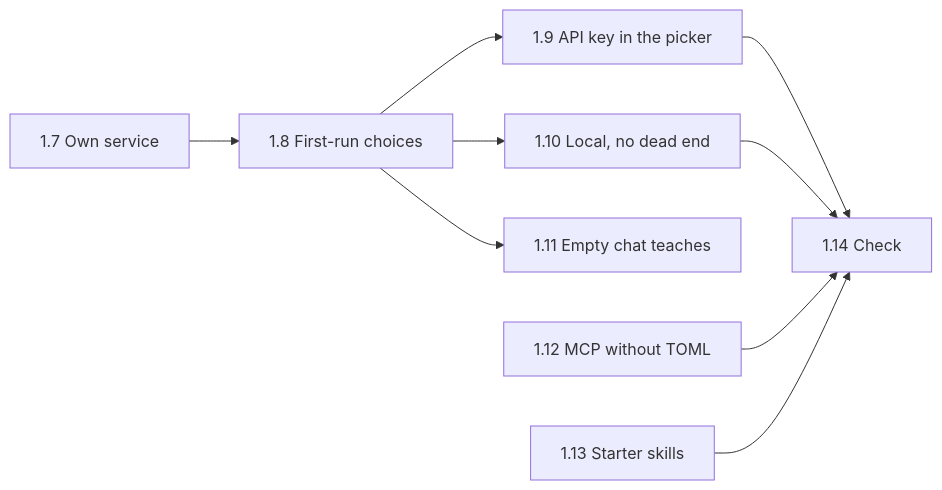
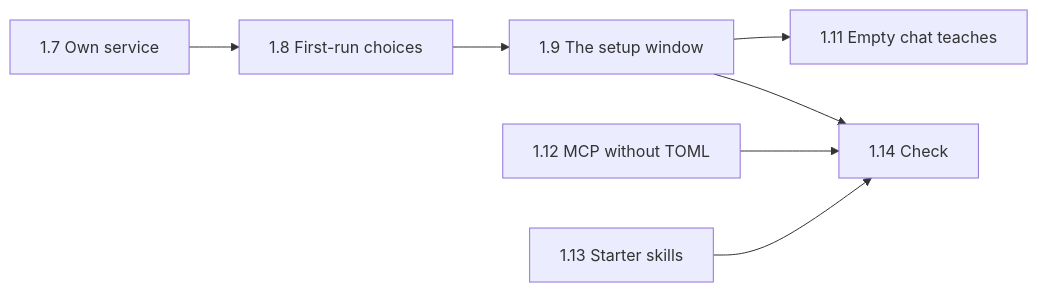
The second of 6 diagrams in docs/plan.md (MilanPavel/golem), drawn with Mermaid before and after one commit. The commit also changed other lines of this file and 7 other files, not shown here.

Commit message:
docs(plan): step 1.9 becomes the setup window, with its screens in docs/design

````diff
--- a/docs/plan.md
+++ b/docs/plan.md
@@ -117,9 +118,8 @@
 ```mermaid
 flowchart LR
   s7[1.7 Own service] --> s8[1.8 First-run choices]
-  s8 --> s9[1.9 API key in the picker] --> s14[1.14 Check]
-  s8 --> s10[1.10 Local, no dead end] --> s14
-  s8 --> s11[1.11 Empty chat teaches]
+  s8 --> s9[1.9 The setup window] --> s14[1.14 Check]
+  s9 --> s11[1.11 Empty chat teaches]
   s12[1.12 MCP without TOML] --> s14
   s13[1.13 Starter skills] --> s14
 ```
````
